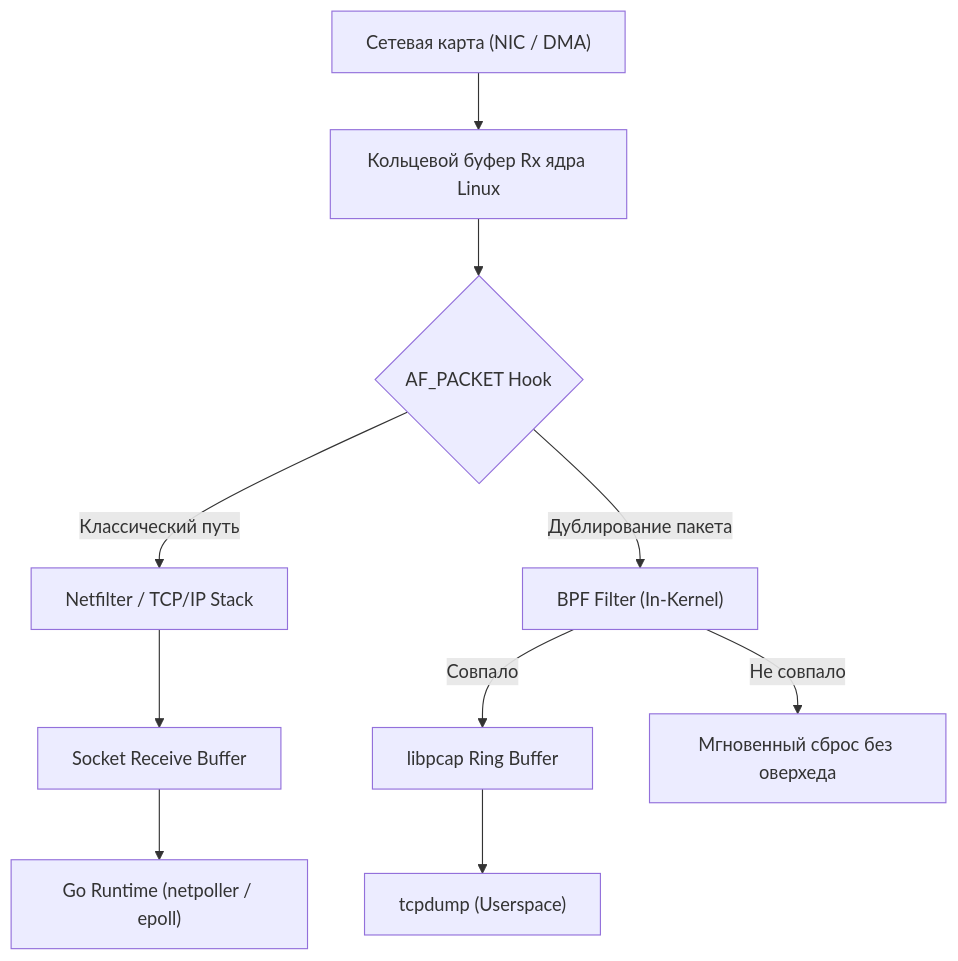
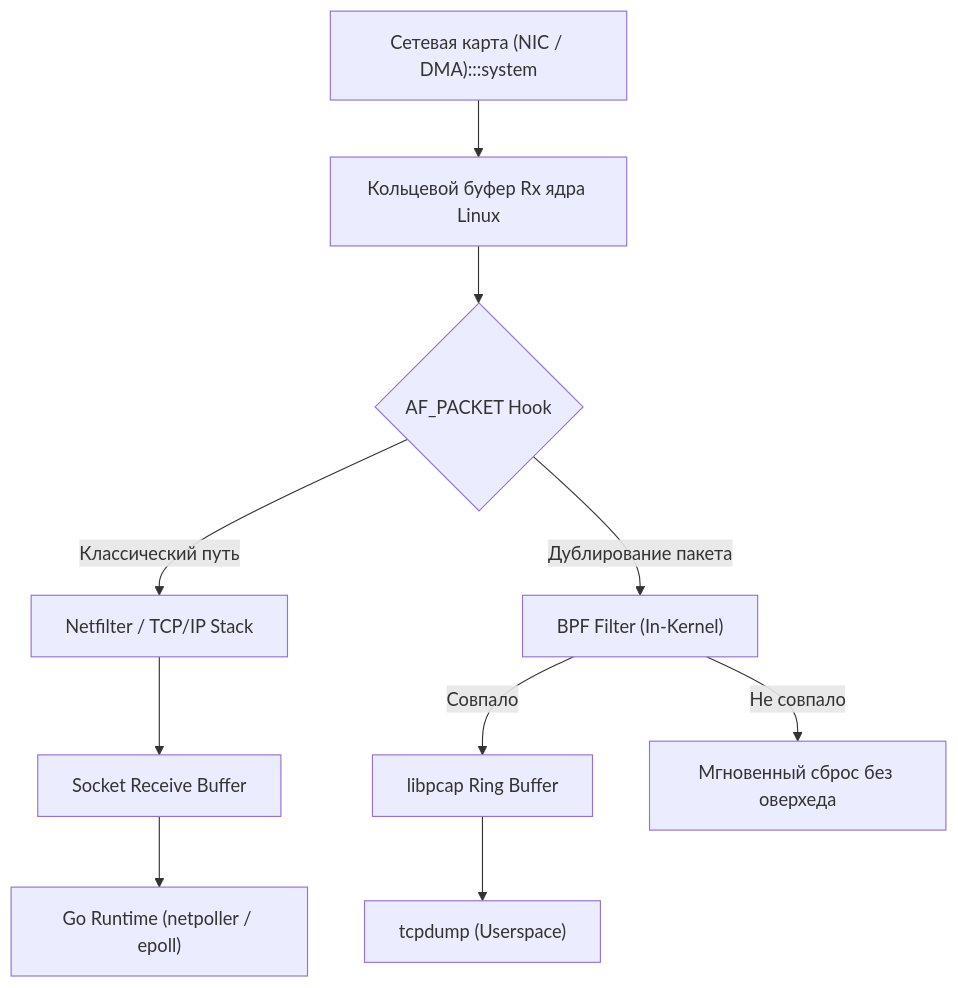
Before and after one commit to UnrealTemplier/go-textbook: the first of 3 diagrams in sources/3. Компьютерные сети и сетевой стек/34. Наблюдаемость сети. tcpdump, Wireshark, netstat, ss.md, drawn with Mermaid. The commit also changed other lines of this file and 1666 other files, not shown here.

First line of the commit message:
feat(mermaid): add semantic color classDef to 1369 colorless flowchart/graph diagrams

````diff
--- a/sources/3. Компьютерные сети и сетевой стек/34. Наблюдаемость сети. tcpdump, Wireshark, netstat, ss.md
+++ b/sources/3. Компьютерные сети и сетевой стек/34. Наблюдаемость сети. tcpdump, Wireshark, netstat, ss.md
@@ -20,14 +20,24 @@
 ```mermaid
 flowchart TD
-    NIC["Сетевая карта (NIC / DMA)"] --> RxRing["Кольцевой буфер Rx ядра Linux"]
+    classDef process  fill:#1e293b,stroke:#38bdf8,stroke-width:1px,color:#f8fafc
+    classDef success  fill:#064e3b,stroke:#34d399,stroke-width:1px,color:#f8fafc
+    classDef error    fill:#7f1d1d,stroke:#f87171,stroke-width:1px,color:#f8fafc
+    classDef warning  fill:#78350f,stroke:#fbbf24,stroke-width:1px,color:#f8fafc
+    classDef entry    fill:#1e3a5f,stroke:#38bdf8,stroke-width:2px,color:#f8fafc
+    classDef aux      fill:#334155,stroke:#64748b,stroke-width:1px,color:#f8fafc
+    classDef system   fill:#312e81,stroke:#a78bfa,stroke-width:1px,color:#f8fafc
+    classDef data     fill:#132d29,stroke:#2dd4bf,stroke-width:1px,color:#f8fafc
+    classDef network  fill:#881337,stroke:#fb7185,stroke-width:1px,color:#f8fafc
+    classDef accent   fill:#1e1b4b,stroke:#818cf8,stroke-width:1px,color:#f8fafc
+    NIC["Сетевая карта (NIC / DMA):::system"] --> RxRing["Кольцевой буфер Rx ядра Linux"]
     RxRing --> Tap{"AF_PACKET Hook"}
     
     Tap -->|"Классический путь"| Netfilter["Netfilter / TCP/IP Stack"]
     Netfilter --> SocketBuf["Socket Receive Buffer"]
     SocketBuf --> GoApp["Go Runtime (netpoller / epoll)"]
     
     Tap -->|"Дублирование пакета"| BPF["BPF Filter (In-Kernel)"]
     BPF -- "Совпало" --> PcapBuf["libpcap Ring Buffer"]
     BPF -- "Не совпало" --> Drop["Мгновенный сброс без оверхеда"]
     PcapBuf --> Tcpdump["tcpdump (Userspace)"]
 ```
````
